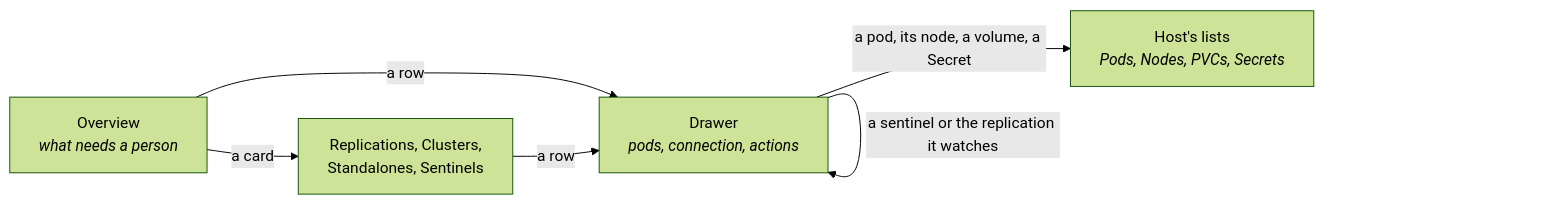
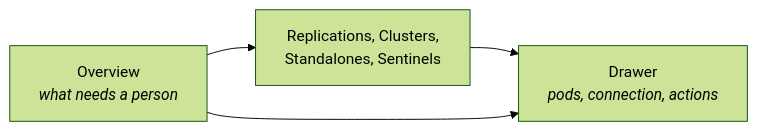
One commit to DiegoBulhoes/freelens-addons changed the diagram in docs/redis.md. Above: the diagram before and after it, drawn with Mermaid (forest theme). The commit also changed other lines of this file and 9 other files, not shown here.

````diff
--- a/docs/redis.md
+++ b/docs/redis.md
@@ -22,13 +22,6 @@
 ```mermaid
 flowchart LR
-  O["Overview<br/><i>what needs a person</i>"]
-  L["Replications, Clusters,<br/>Standalones, Sentinels"]
-  D["Drawer<br/><i>pods, connection, actions</i>"]
-  H["Host's lists<br/><i>Pods, Nodes, PVCs, Secrets</i>"]
-
-  O -->|a card| L
-  O -->|a row| D
-  L -->|a row| D
-  D -->|a sentinel or the replication it watches| D
-  D -->|a pod, its node, a volume, a Secret| H
+  O["Overview<br/><i>what needs a person</i>"] --> L["Replications, Clusters,<br/>Standalones, Sentinels"]
+  L --> D["Drawer<br/><i>pods, connection, actions</i>"]
+  O --> D
 ```
````
